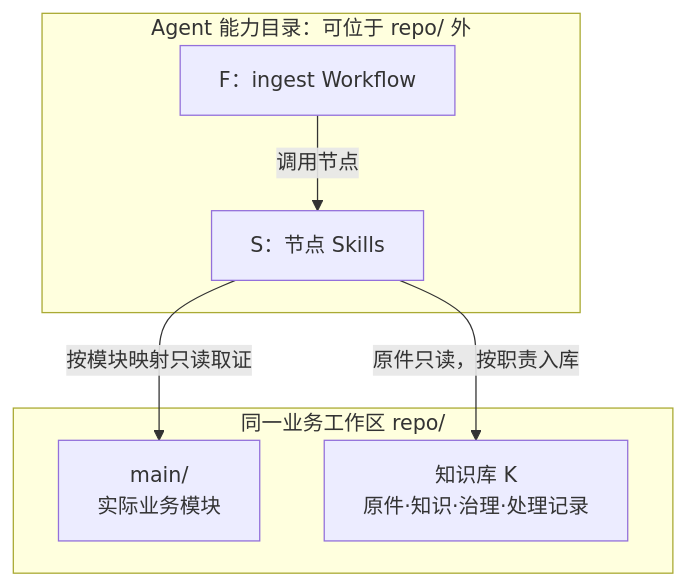
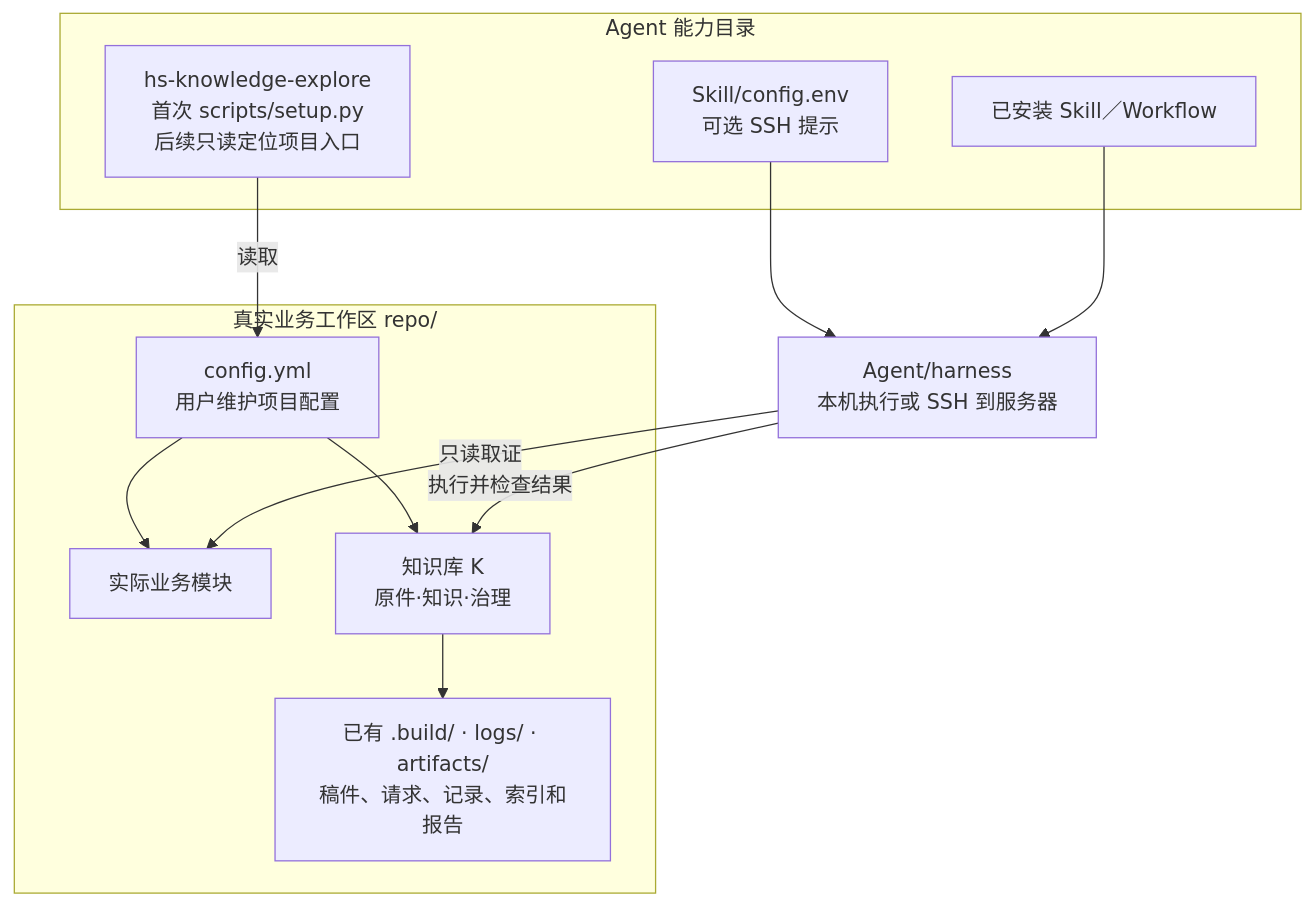
The second of 4 diagrams in himate-knowledge-wifi-mp/docs-llm-wiki/知识库关键点.md (Robin-hhc/FactumCore), drawn with Mermaid before and after one commit. The commit also changed other lines of this file and 183 other files, not shown here.

Commit message:
refactor: simplify HiMate setup and skill execution

````diff
--- a/himate-knowledge-wifi-mp/docs-llm-wiki/知识库关键点.md
+++ b/himate-knowledge-wifi-mp/docs-llm-wiki/知识库关键点.md
@@ -30,12 +33,22 @@
 ```mermaid
 flowchart TD
-    subgraph AGENT["Agent 能力目录：可位于 repo/ 外"]
-        F["F：ingest Workflow"] -->|调用节点| S["S：节点 Skills"]
+    subgraph AGENT["Agent 能力目录"]
+        SETUP["hs-knowledge-explore<br/>首次 scripts/setup.py<br/>后续只读定位项目入口"]
+        ENV["Skill/config.env<br/>可选 SSH 提示"]
+        S["已安装 Skill／Workflow"]
     end
-    subgraph WORKSPACE["同一业务工作区 repo/"]
-        CODE["main/<br/>实际业务模块"]
-        K["知识库 K<br/>原件·知识·治理·处理记录"]
+    subgraph WORKSPACE["真实业务工作区 repo/"]
+        CONFIG["config.yml<br/>用户维护项目配置"]
+        CODE["实际业务模块"]
+        K["知识库 K<br/>原件·知识·治理"]
+        OUT["已有 .build/ · logs/ · artifacts/<br/>稿件、请求、记录、索引和报告"]
+        CONFIG --> CODE
+        CONFIG --> K
+        K --> OUT
     end
-    S -->|按模块映射只读取证| CODE
-    S -->|原件只读，按职责入库| K
+    SETUP -->|"读取"| CONFIG
+    ENV --> HARNESS["Agent/harness<br/>本机执行或 SSH 到服务器"]
+    S --> HARNESS
+    HARNESS -->|"执行并检查结果"| K
+    HARNESS -->|"只读取证"| CODE
 ```
````
